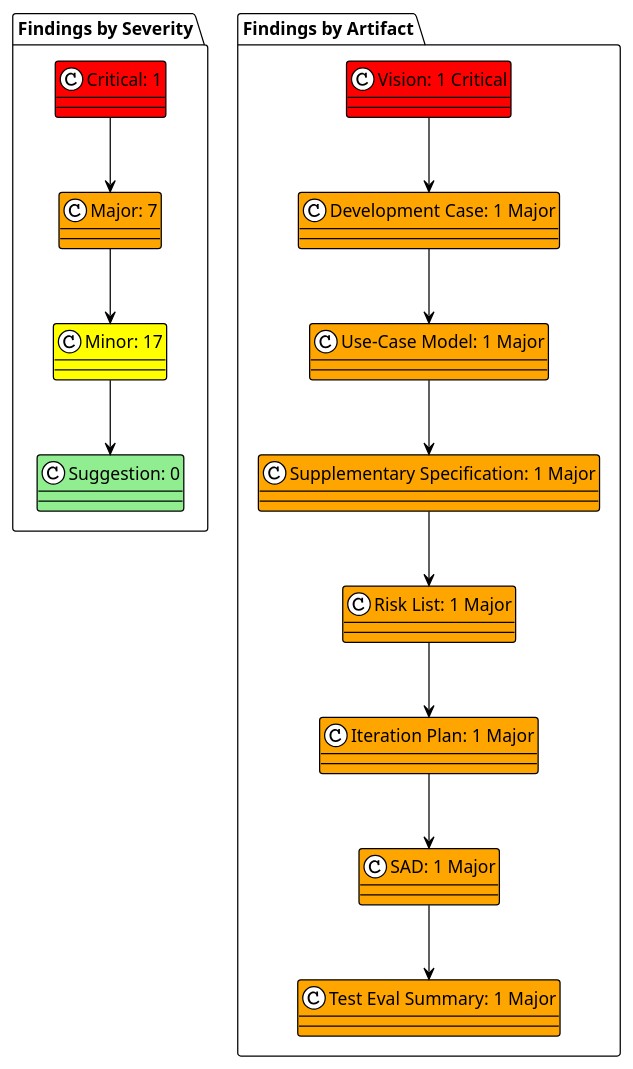
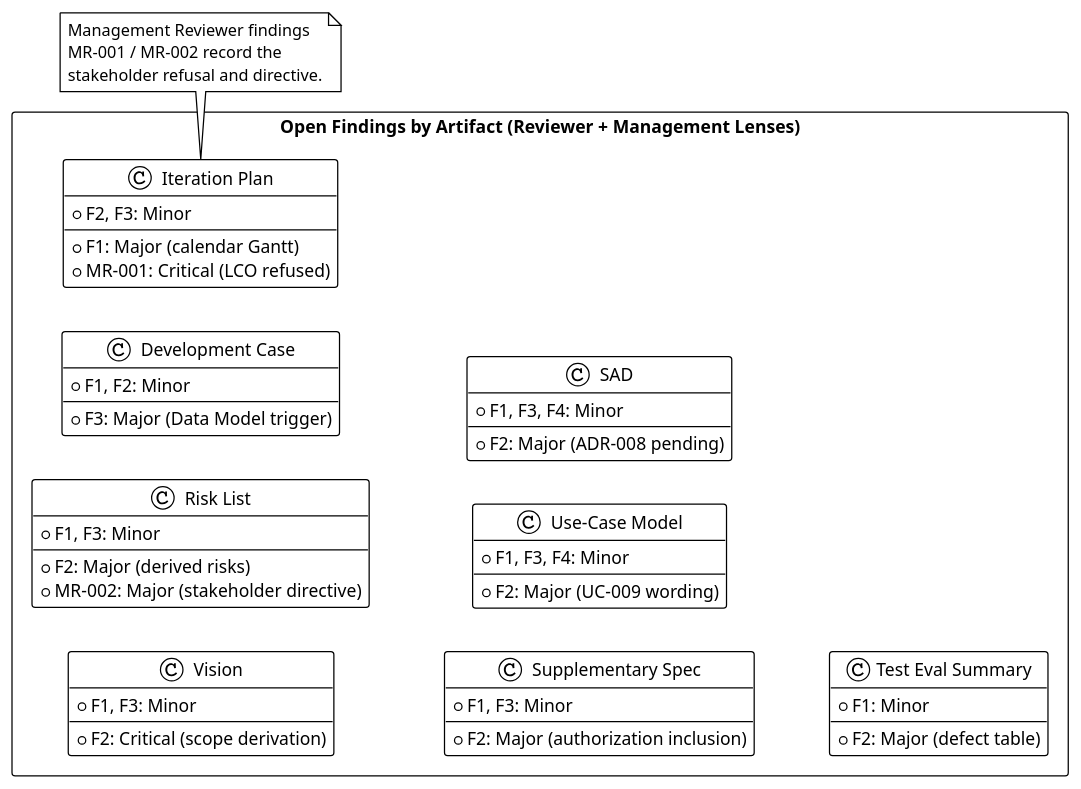
One commit to banense-test/portal changed the fourth of 4 diagrams in docs/artifacts/project-management/review-record.md. Above: the diagram before and after it, drawn with PlantUML. The commit also changed other lines of this file, not shown here.

First line of the commit message:
Management Reviewer [I1]: upsert Review Record

````diff
--- a/docs/artifacts/project-management/review-record.md
+++ b/docs/artifacts/project-management/review-record.md
@@ -119,34 +162,49 @@
 ```plantuml
-@startuml Portal_Defect_Distribution_v2
+@startuml Defect_Distribution_LCO
 !theme plain
+left to right direction
 
-package "Findings by Severity" {
-  class "Critical: 1" as CRIT #Red
-  class "Major: 7" as MAJOR #Orange
-  class "Minor: 17" as MINOR #Yellow
-  class "Suggestion: 0" as SUGG #LightGreen
+rectangle "Open Findings by Artifact (Reviewer + Management Lenses)" {
+  class "Vision" as VISION {
+    + F2: Critical (scope derivation)
+    + F1, F3: Minor
+  }
+  class "Iteration Plan" as ITERPLAN {
+    + F1: Major (calendar Gantt)
+    + F2, F3: Minor
+    + MR-001: Critical (LCO refused)
+  }
+  class "Risk List" as RISKLIST {
+    + F2: Major (derived risks)
+    + F1, F3: Minor
+    + MR-002: Major (stakeholder directive)
+  }
+  class "Development Case" as DC {
+    + F3: Major (Data Model trigger)
+    + F1, F2: Minor
+  }
+  class "Supplementary Spec" as SUPP {
+    + F2: Major (authorization inclusion)
+    + F1, F3: Minor
+  }
+  class "Use-Case Model" as UCM {
+    + F2: Major (UC-009 wording)
+    + F1, F3, F4: Minor
+  }
+  class "SAD" as SAD {
+    + F2: Major (ADR-008 pending)
+    + F1, F3, F4: Minor
+  }
+  class "Test Eval Summary" as TES {
+    + F2: Major (defect table)
+    + F1: Minor
+  }
 }
 
-package "Findings by Artifact" {
-  class "Vision: 1 Critical" as VISION #Red
-  class "Development Case: 1 Major" as DC #Orange
-  class "Use-Case Model: 1 Major" as UCM #Orange
-  class "Supplementary Specification: 1 Major" as SUPP #Orange
-  class "Risk List: 1 Major" as RISK #Orange
-  class "Iteration Plan: 1 Major" as PLAN #Orange
-  class "SAD: 1 Major" as SAD #Orange
-  class "Test Eval Summary: 1 Major" as TES #Orange
-}
-
-CRIT --> MAJOR
-MAJOR --> MINOR
-MINOR --> SUGG
-VISION --> DC
-DC --> UCM
-UCM --> SUPP
-SUPP --> RISK
-RISK --> PLAN
-PLAN --> SAD
-SAD --> TES
+note bottom of ITERPLAN
+  Management Reviewer findings
+  MR-001 / MR-002 record the
+  stakeholder refusal and directive.
+end note
 @enduml
 ```
````
